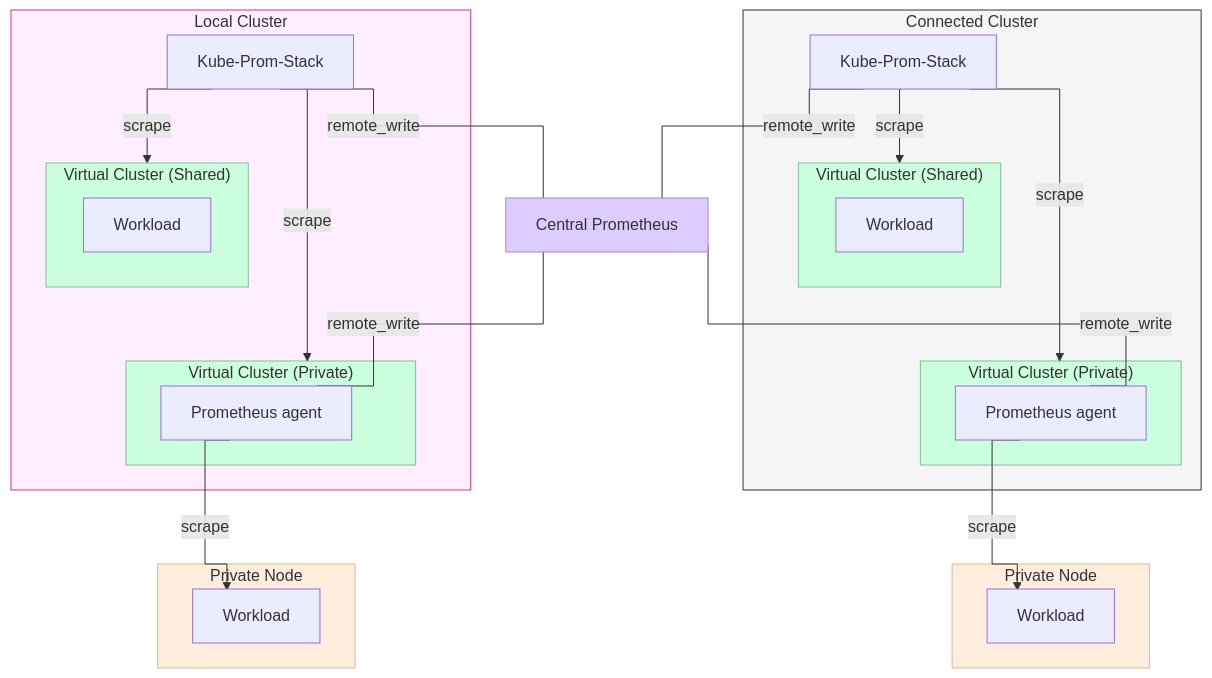
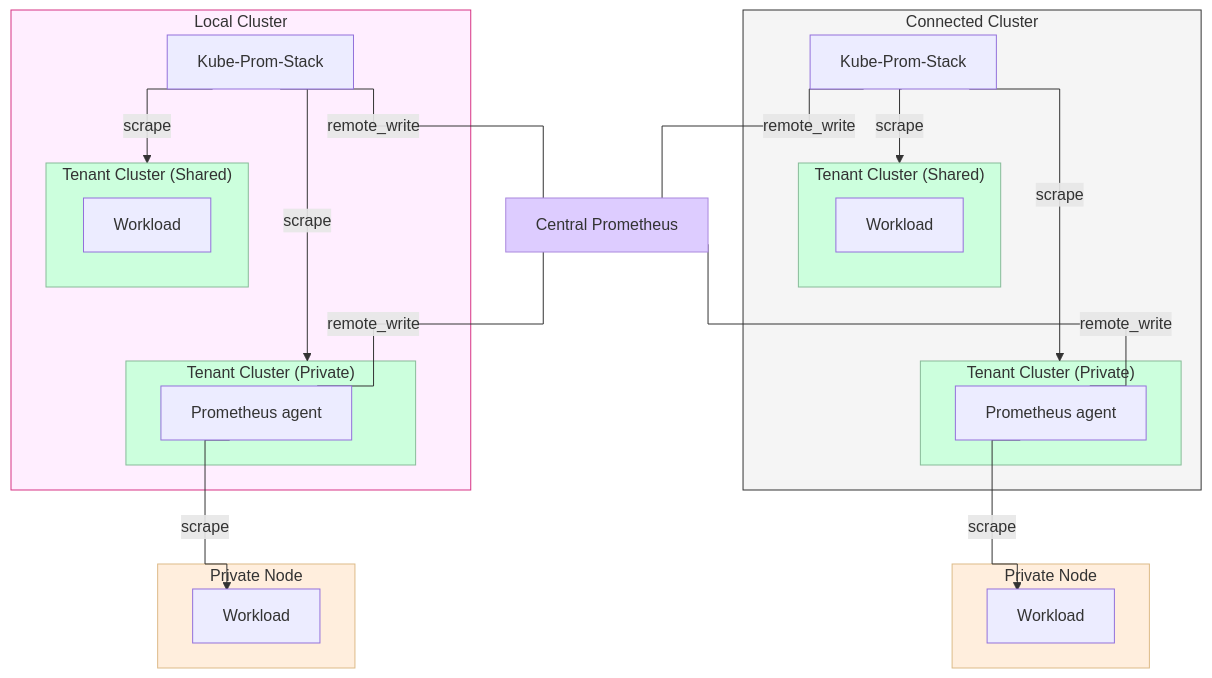
Before and after one commit to loft-sh/vcluster-docs: the diagram in platform/maintenance/monitoring/fleet-monitoring.mdx, drawn with Mermaid. The commit also changed other lines of this file and 2 other files, not shown here.

````diff
--- a/platform/maintenance/monitoring/fleet-monitoring.mdx
+++ b/platform/maintenance/monitoring/fleet-monitoring.mdx
@@ -31,69 +30,69 @@
 ```mermaid
 %%{init: {'flowchart': {'curve': 'stepAfter'}}}%%
 flowchart TB
     GlobalProm["Central Prometheus"]
 
     GlobalProm ~~~ local
     GlobalProm ~~~ connected
 
     subgraph local["Local Cluster"]
-        subgraph localPrivVC["Virtual Cluster (Private)"]
+        subgraph localPrivVC["Tenant Cluster (Private)"]
             LocalPromAgent["Prometheus agent"]
         end
 
         LocalKPS["Kube-Prom-Stack"]
 
-        subgraph localSharedVC["Virtual Cluster (Shared)"]
+        subgraph localSharedVC["Tenant Cluster (Shared)"]
             LocalSharedWorkload["Workload"]
         end
     end
 
     subgraph connected["Connected Cluster"]
-        subgraph connPrivVC["Virtual Cluster (Private)"]
+        subgraph connPrivVC["Tenant Cluster (Private)"]
             ConnPromAgent["Prometheus agent"]
         end
 
         ConnKPS["Kube-Prom-Stack"]
 
-        subgraph connSharedVC["Virtual Cluster (Shared)"]
+        subgraph connSharedVC["Tenant Cluster (Shared)"]
             ConnSharedWorkload["Workload"]
         end
     end
 
     subgraph connNode["Private Node"]
         ConnWorkload["Workload"]
     end
 
     subgraph localNode["Private Node"]
         LocalWorkload["Workload"]
     end
 
     ConnKPS ---|remote_write| GlobalProm
     ConnPromAgent ---|remote_write| GlobalProm
     ConnKPS -->|scrape| connPrivVC
     ConnKPS -->|scrape| connSharedVC
     ConnPromAgent -->|scrape| ConnWorkload
 
     LocalKPS -->|scrape| localPrivVC
     LocalKPS -->|scrape| localSharedVC
     LocalPromAgent -->|scrape| LocalWorkload
     LocalPromAgent ---|remote_write| GlobalProm
     LocalKPS ---|remote_write| GlobalProm
 
     connected ~~~ connNode
     local ~~~ localNode
 
     classDef magenta fill:#fef,stroke:#d63384
     classDef dark fill:#f5f5f5,stroke:#333
     classDef green fill:#cfd,stroke:#8b9
     classDef blue fill:#cdf,stroke:#89b
     classDef orange fill:#fed,stroke:#db8
     classDef purple fill:#dcf,stroke:#a8d
 
     class local magenta
     class connected dark
     class localPrivVC,localSharedVC,connPrivVC,connSharedVC green
     class localHelmKPS,connHelmKPS blue
     class localNode,connNode orange
     class GlobalProm purple
 ```
````
